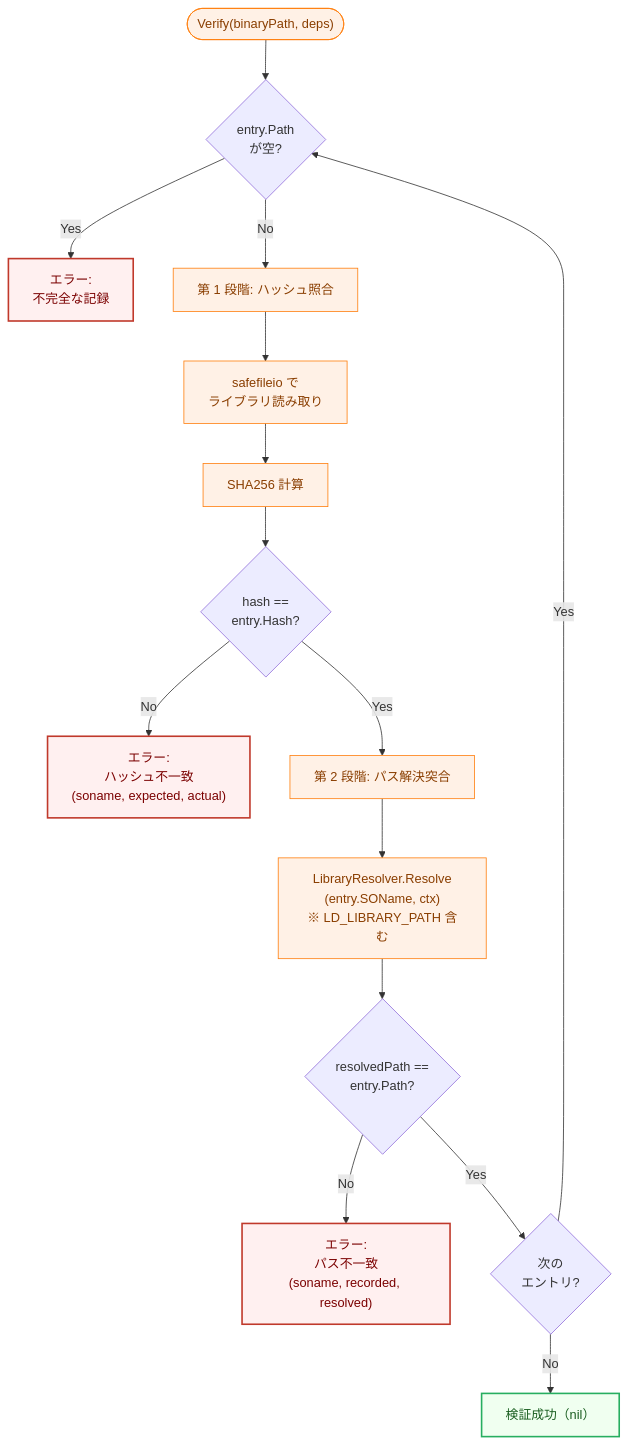
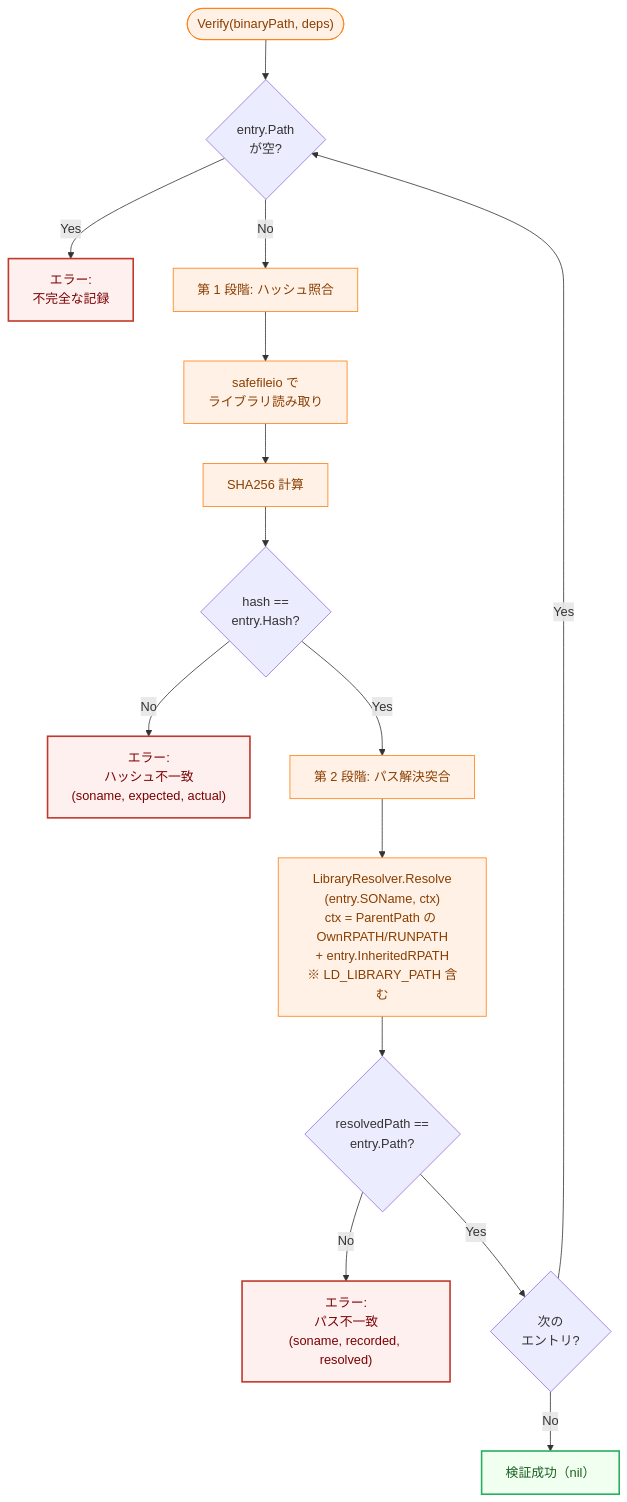
The seventh of 11 diagrams in docs/tasks/0074_elf_dynlib_integrity/02_architecture.md (isseis/go-safe-cmd-runner), drawn with Mermaid before and after one commit. The commit also changed other lines of this file, not shown here.

First line of the commit message:
docs(0074): add InheritedRPATH to LibEntry to fix Stage 2 re-resolution

````diff
--- a/docs/tasks/0074_elf_dynlib_integrity/02_architecture.md
+++ b/docs/tasks/0074_elf_dynlib_integrity/02_architecture.md
@@ -497,43 +507,43 @@
 ```mermaid
 flowchart TD
     classDef process fill:#fff1e6,stroke:#ff7f0e,stroke-width:1px,color:#8a3e00;
     classDef highRisk fill:#fff0f0,stroke:#c0392b,stroke-width:2px,color:#7b0000;
     classDef safe fill:#f0fff0,stroke:#27ae60,stroke-width:2px,color:#1a5e20;
 
     Start(["Verify(binaryPath, deps)"])
     CheckEmpty{"entry.Path<br/>が空?"}
     EmptyError["エラー:<br/>不完全な記録"]
 
     Stage1["第 1 段階: ハッシュ照合"]
     ReadLib["safefileio で<br/>ライブラリ読み取り"]
     CalcHash["SHA256 計算"]
     CompareHash{"hash ==<br/>entry.Hash?"}
     HashError["エラー:<br/>ハッシュ不一致<br/>(soname, expected, actual)"]
 
     Stage2["第 2 段階: パス解決突合"]
-    ReResolve["LibraryResolver.Resolve<br/>(entry.SOName, ctx)<br/>※ LD_LIBRARY_PATH 含む"]
+    ReResolve["LibraryResolver.Resolve<br/>(entry.SOName, ctx)<br/>ctx = ParentPath の OwnRPATH/RUNPATH<br/>+ entry.InheritedRPATH<br/>※ LD_LIBRARY_PATH 含む"]
     ComparePath{"resolvedPath ==<br/>entry.Path?"}
     PathError["エラー:<br/>パス不一致<br/>(soname, recorded, resolved)"]
 
     NextEntry{"次の<br/>エントリ?"}
     AllPass["検証成功（nil）"]
 
     Start --> CheckEmpty
     CheckEmpty -->|"Yes"| EmptyError
     CheckEmpty -->|"No"| Stage1
     Stage1 --> ReadLib
     ReadLib --> CalcHash
     CalcHash --> CompareHash
     CompareHash -->|"No"| HashError
     CompareHash -->|"Yes"| Stage2
     Stage2 --> ReResolve
     ReResolve --> ComparePath
     ComparePath -->|"No"| PathError
     ComparePath -->|"Yes"| NextEntry
     NextEntry -->|"Yes"| CheckEmpty
     NextEntry -->|"No"| AllPass
 
     class Start,Stage1,ReadLib,CalcHash,Stage2,ReResolve process;
     class EmptyError,HashError,PathError highRisk;
     class AllPass safe;
 ```
````
